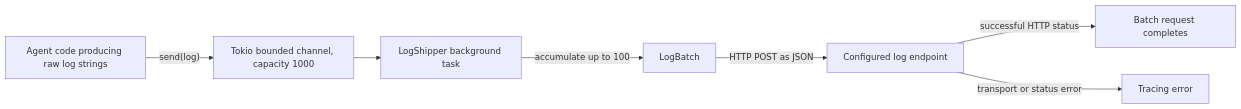
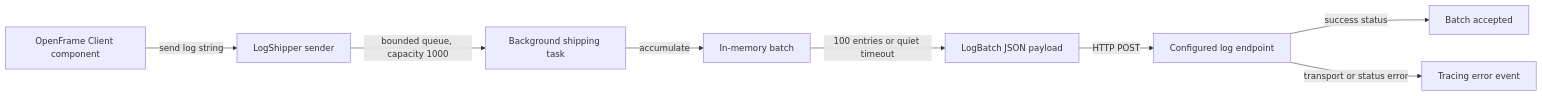
One commit to flamingo-stack/openframe-oss-tenant changed the first of 4 diagrams in docs/reference/architecture/openframe-client-core/logging-shipping/logging-shipping.md. Above: the diagram before and after it, drawn with Mermaid. The commit also changed other lines of this file and 2377 other files, not shown here.

````diff
--- a/docs/reference/architecture/openframe-client-core/logging-shipping/logging-shipping.md
+++ b/docs/reference/architecture/openframe-client-core/logging-shipping/logging-shipping.md
@@ -23,9 +20,10 @@
 ```mermaid
 flowchart LR
-    Producer["Agent code producing raw log strings"] -->|"send(log)"| Queue["Tokio bounded channel, capacity 1000"]
-    Queue --> Worker["LogShipper background task"]
-    Worker -->|"accumulate up to 100"| Batch["LogBatch"]
-    Batch -->|"HTTP POST as JSON"| Receiver["Configured log endpoint"]
-    Receiver -->|"successful HTTP status"| Done["Batch request completes"]
-    Receiver -->|"transport or status error"| ErrorLog["Tracing error"]
+    Producer["OpenFrame Client component"] -->|"send log string"| Sender["LogShipper sender"]
+    Sender -->|"bounded queue, capacity 1000"| Receiver["Background shipping task"]
+    Receiver -->|"accumulate"| Buffer["In-memory batch"]
+    Buffer -->|"100 entries or quiet timeout"| Payload["LogBatch JSON payload"]
+    Payload -->|"HTTP POST"| Endpoint["Configured log endpoint"]
+    Endpoint -->|"success status"| Delivered["Batch accepted"]
+    Endpoint -->|"transport or status error"| ErrorLog["Tracing error event"]
 ```
````
